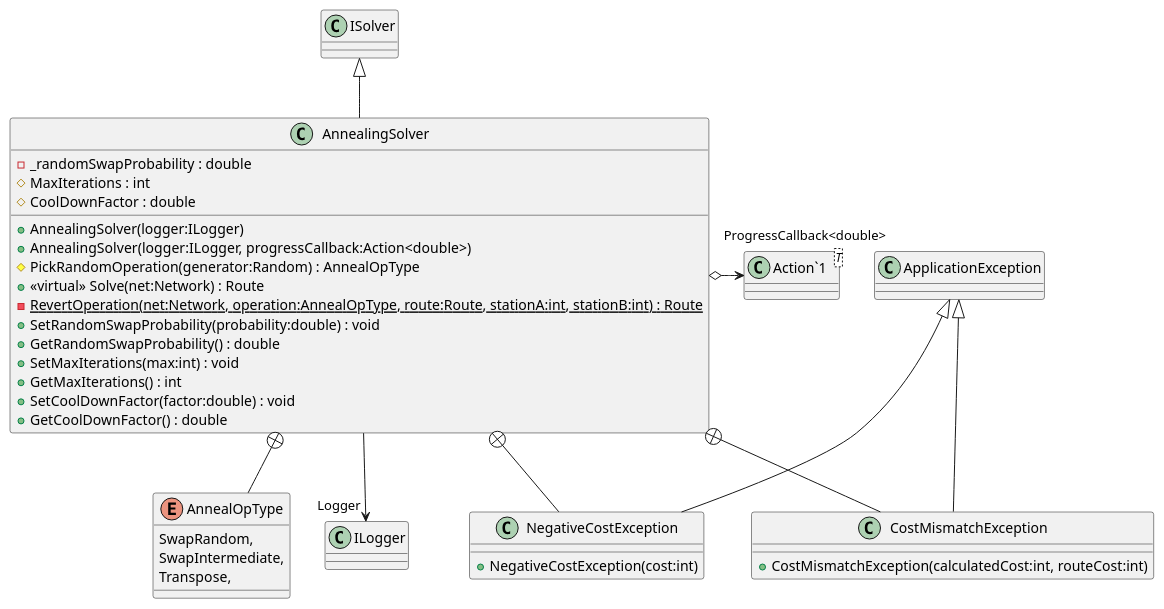
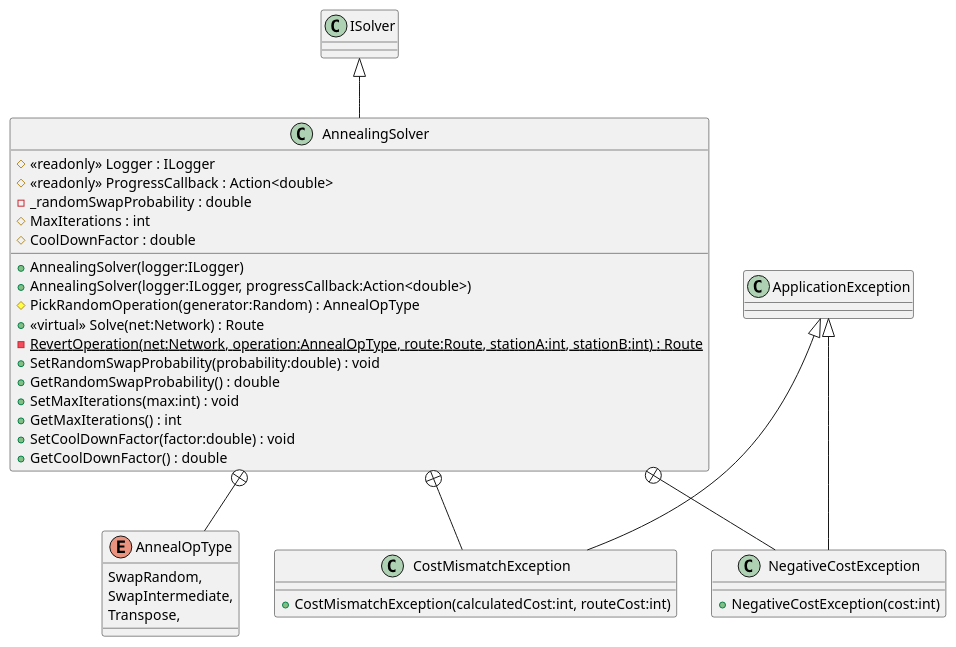
The diagram in TubeChallengeRouter/puml/RouteSolver/AnnealingSolver.puml (Liftyee/london-tube-navigator), drawn with PlantUML before and after one commit. The commit also changed 26 other files, not shown here.

```diff
--- a/TubeChallengeRouter/puml/RouteSolver/AnnealingSolver.puml
+++ b/TubeChallengeRouter/puml/RouteSolver/AnnealingSolver.puml
@@ -1,39 +1,37 @@
 @startuml
 class AnnealingSolver {
+    # <<readonly>> Logger : ILogger
+    # <<readonly>> ProgressCallback : Action<double>
     - _randomSwapProbability : double
     # MaxIterations : int
     # CoolDownFactor : double
     + AnnealingSolver(logger:ILogger)
     + AnnealingSolver(logger:ILogger, progressCallback:Action<double>)
     # PickRandomOperation(generator:Random) : AnnealOpType
     + <<virtual>> Solve(net:Network) : Route
     - {static} RevertOperation(net:Network, operation:AnnealOpType, route:Route, stationA:int, stationB:int) : Route
     + SetRandomSwapProbability(probability:double) : void
     + GetRandomSwapProbability() : double
     + SetMaxIterations(max:int) : void
     + GetMaxIterations() : int
     + SetCoolDownFactor(factor:double) : void
     + GetCoolDownFactor() : double
 }
-class "Action`1"<T> {
-}
 enum AnnealOpType {
     SwapRandom,
     SwapIntermediate,
     Transpose,
 }
 class NegativeCostException {
     + NegativeCostException(cost:int)
 }
 class CostMismatchException {
     + CostMismatchException(calculatedCost:int, routeCost:int)
 }
 ISolver <|-- AnnealingSolver
-AnnealingSolver --> "Logger" ILogger
-AnnealingSolver o-> "ProgressCallback<double>" "Action`1"
 AnnealingSolver +-- AnnealOpType
 AnnealingSolver +-- NegativeCostException
 ApplicationException <|-- NegativeCostException
 AnnealingSolver +-- CostMismatchException
 ApplicationException <|-- CostMismatchException
 @enduml
```
